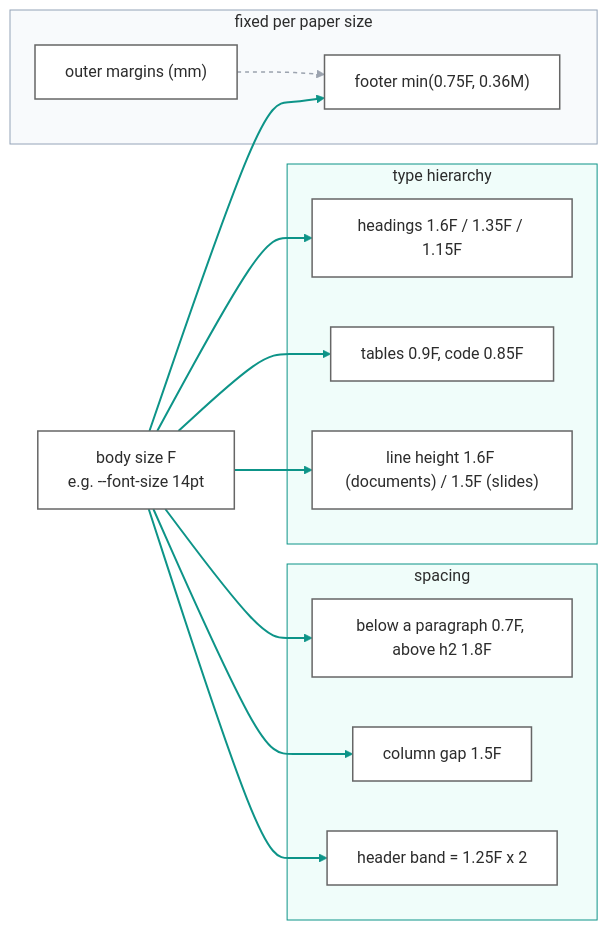
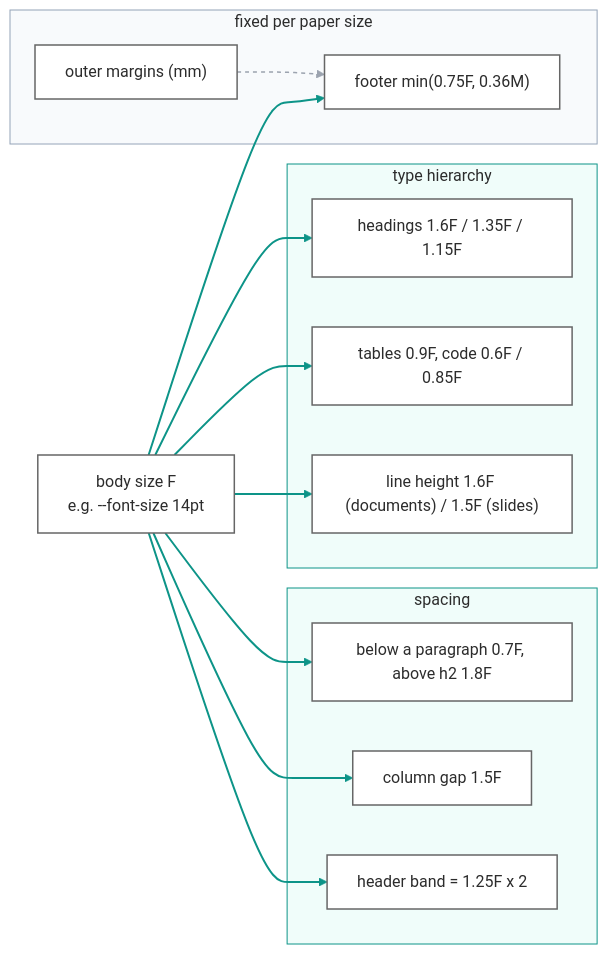
Before and after one commit to gospelo-dev/md2html: the first of 3 diagrams in docs/DESIGN.md, drawn with Mermaid (forest theme). The commit also changed other lines of this file and 7 other files, not shown here.

First line of the commit message:
docs: update for code blocks, Mermaid splits, and column balancing rules

````diff
--- a/docs/DESIGN.md
+++ b/docs/DESIGN.md
@@ -11,34 +11,34 @@
 ```mermaid
 flowchart LR
     F["body size F<br/>e.g. --font-size 14pt"]
     subgraph Type["type hierarchy"]
         H["headings 1.6F / 1.35F / 1.15F"]
-        T["tables 0.9F, code 0.85F"]
+        T["tables 0.9F, code 0.6F / 0.85F"]
         L["line height 1.6F (documents) / 1.5F (slides)"]
     end
     subgraph Space["spacing"]
         P["below a paragraph 0.7F, above h2 1.8F"]
         G["column gap 1.5F"]
         B["header band = 1.25F x 2"]
     end
     subgraph Fix["fixed per paper size"]
         M["outer margins (mm)"]
         Foot["footer min(0.75F, 0.36M)"]
     end
     F --> H
     F --> T
     F --> L
     F --> P
     F --> G
     F --> B
     F --> Foot
     M -.-> Foot
 
     classDef node fill:#FFFFFF,stroke:#666666,stroke-width:1.5px,color:#2C2C2C
     class F,H,T,L,P,G,B,M,Foot node
     style Type fill:#F0FDFA,stroke:#0D9488,color:#2C2C2C
     style Space fill:#F0FDFA,stroke:#0D9488,color:#2C2C2C
     style Fix fill:#F8FAFC,stroke:#94A3B8,color:#2C2C2C
     linkStyle 0,1,2,3,4,5,6 stroke:#0D9488,stroke-width:2px
     linkStyle 7 stroke:#9CA3AF,stroke-width:1.5px,stroke-dasharray:4 4
 ```
````
